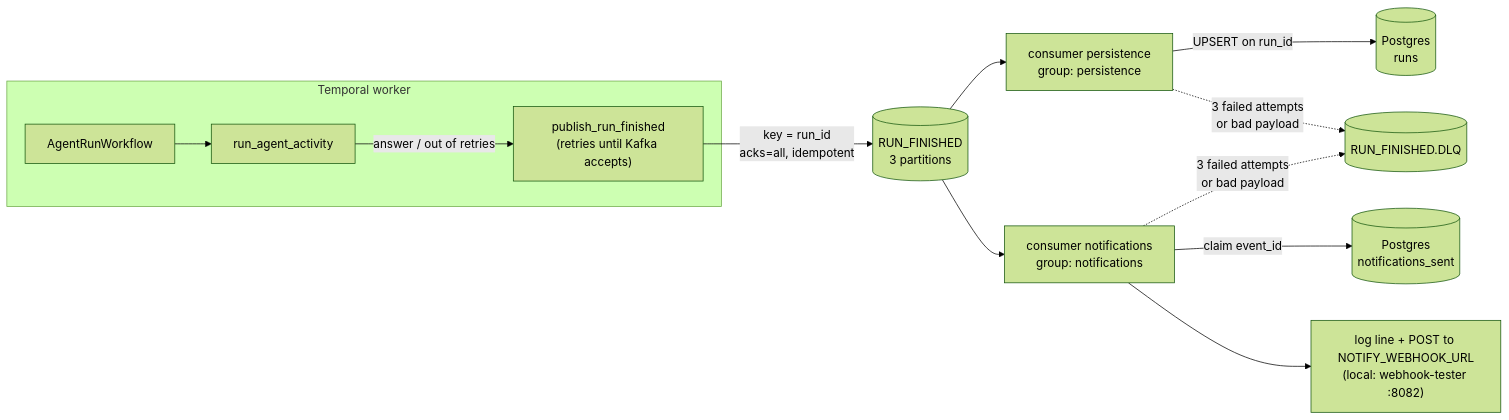
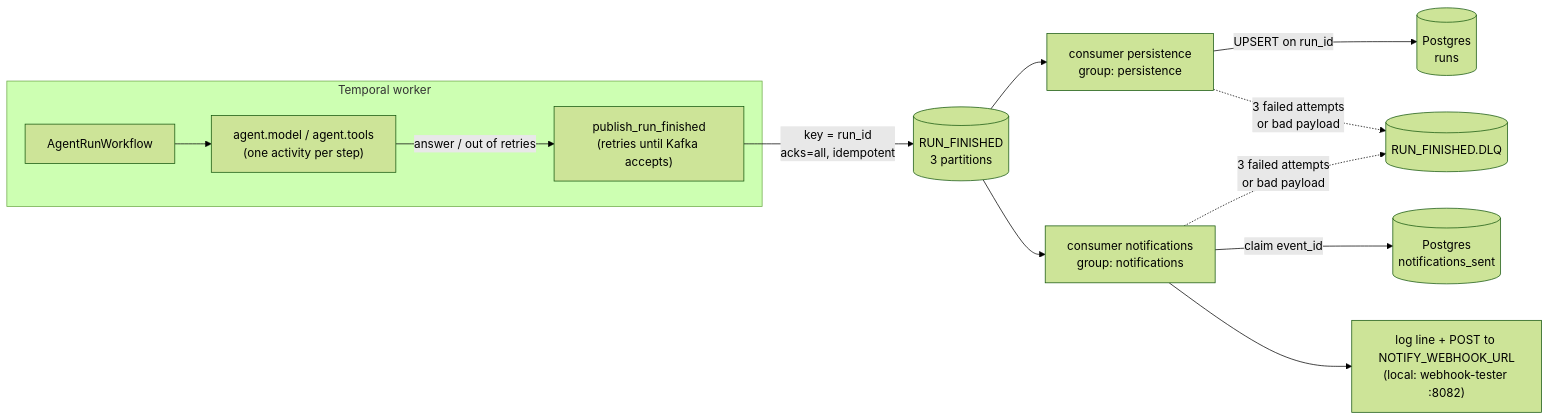
One commit to Anirudh1905/async-agentic-workflows changed the first of 2 diagrams in docs/phases/phase-4-kafka.md. Above: the diagram before and after it, drawn with Mermaid (forest theme). The commit also changed 13 other files, not shown here.

First line of the commit message:
Run each LangGraph step as its own Temporal activity

````diff
--- a/docs/phases/phase-4-kafka.md
+++ b/docs/phases/phase-4-kafka.md
@@ -5,14 +5,14 @@
 ```mermaid
 flowchart LR
     subgraph worker["Temporal worker"]
-        WF[AgentRunWorkflow] --> ACT1[run_agent_activity]
+        WF[AgentRunWorkflow] --> ACT1["agent.model / agent.tools<br/>(one activity per step)"]
         ACT1 -- "answer / out of retries" --> ACT2["publish_run_finished<br/>(retries until Kafka accepts)"]
     end
     ACT2 -- "key = run_id<br/>acks=all, idempotent" --> TOPIC[("RUN_FINISHED<br/>3 partitions")]
     TOPIC --> P["consumer persistence<br/>group: persistence"]
     TOPIC --> N["consumer notifications<br/>group: notifications"]
     P -- "UPSERT on run_id" --> RUNS[("Postgres<br/>runs")]
     N -- "claim event_id" --> SENT[("Postgres<br/>notifications_sent")]
     N --> OUT["log line + POST to NOTIFY_WEBHOOK_URL<br/>(local: webhook-tester :8082)"]
     P & N -. "3 failed attempts<br/>or bad payload" .-> DLQ[("RUN_FINISHED.DLQ")]
 ```
````
